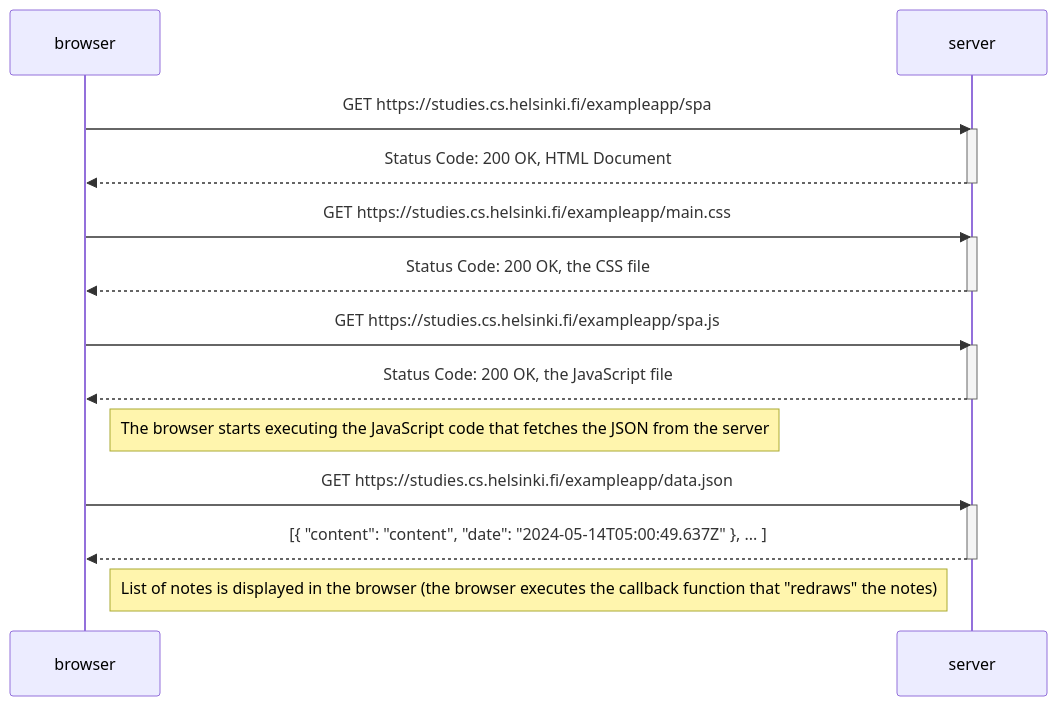
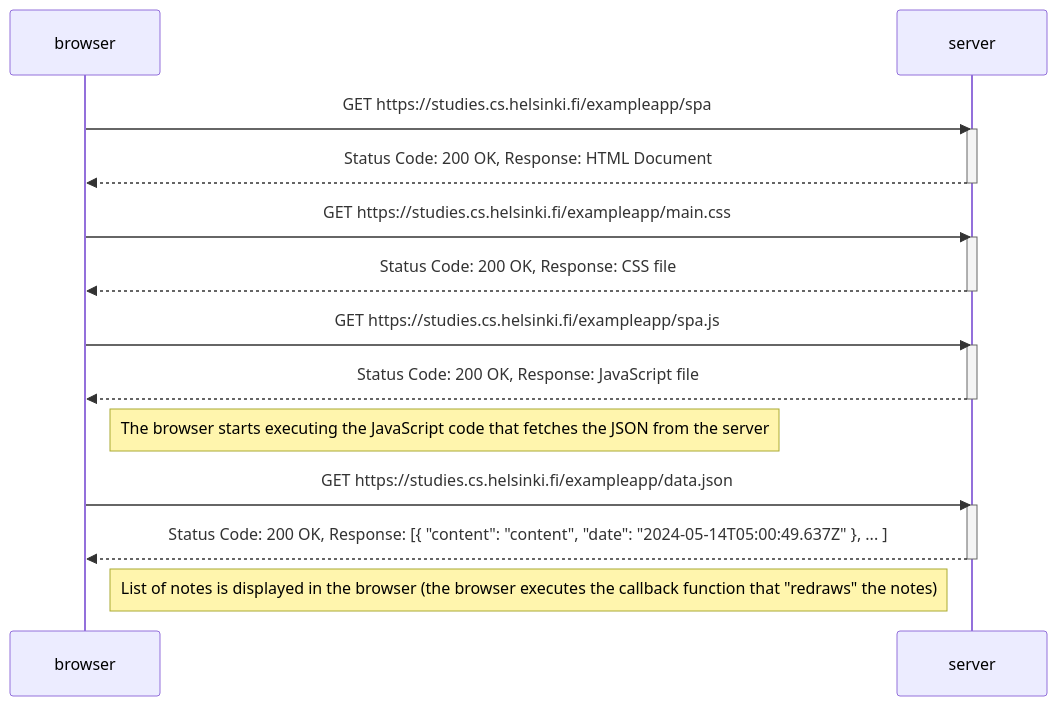
The diagram in part0/05 - Single page app diagram.mmd (mashazyu/fullstackopen), drawn with Mermaid before and after one commit. The commit also changed 1 other file, not shown here.

Commit message:
fix: add consistency (response, payload)

```diff
--- a/part0/05 - Single page app diagram.mmd
+++ b/part0/05 - Single page app diagram.mmd
@@ -1,27 +1,27 @@
  sequenceDiagram
     participant browser
     participant server
 
     browser->>server: GET https://studies.cs.helsinki.fi/exampleapp/spa
     activate server
-    server-->>browser: Status Code: 200 OK, HTML Document
+    server-->>browser: Status Code: 200 OK, Response: HTML Document
     deactivate server
 
     browser->>server: GET https://studies.cs.helsinki.fi/exampleapp/main.css
     activate server
-    server-->>browser: Status Code: 200 OK, the CSS file
+    server-->>browser: Status Code: 200 OK, Response: CSS file
     deactivate server
 
     browser->>server: GET https://studies.cs.helsinki.fi/exampleapp/spa.js
     activate server
-    server-->>browser: Status Code: 200 OK, the JavaScript file
+    server-->>browser: Status Code: 200 OK, Response: JavaScript file
     deactivate server
 
     Note right of browser: The browser starts executing the JavaScript code that fetches the JSON from the server
 
     browser->>server: GET https://studies.cs.helsinki.fi/exampleapp/data.json
     activate server
-    server-->>browser: [{ "content": "content", "date": "2024-05-14T05:00:49.637Z" }, ... ]
+    server-->>browser: Status Code: 200 OK, Response: [{ "content": "content", "date": "2024-05-14T05:00:49.637Z" }, ... ]
     deactivate server
 
     Note right of browser: List of notes is displayed in the browser (the browser executes the callback function that "redraws" the notes)
```
